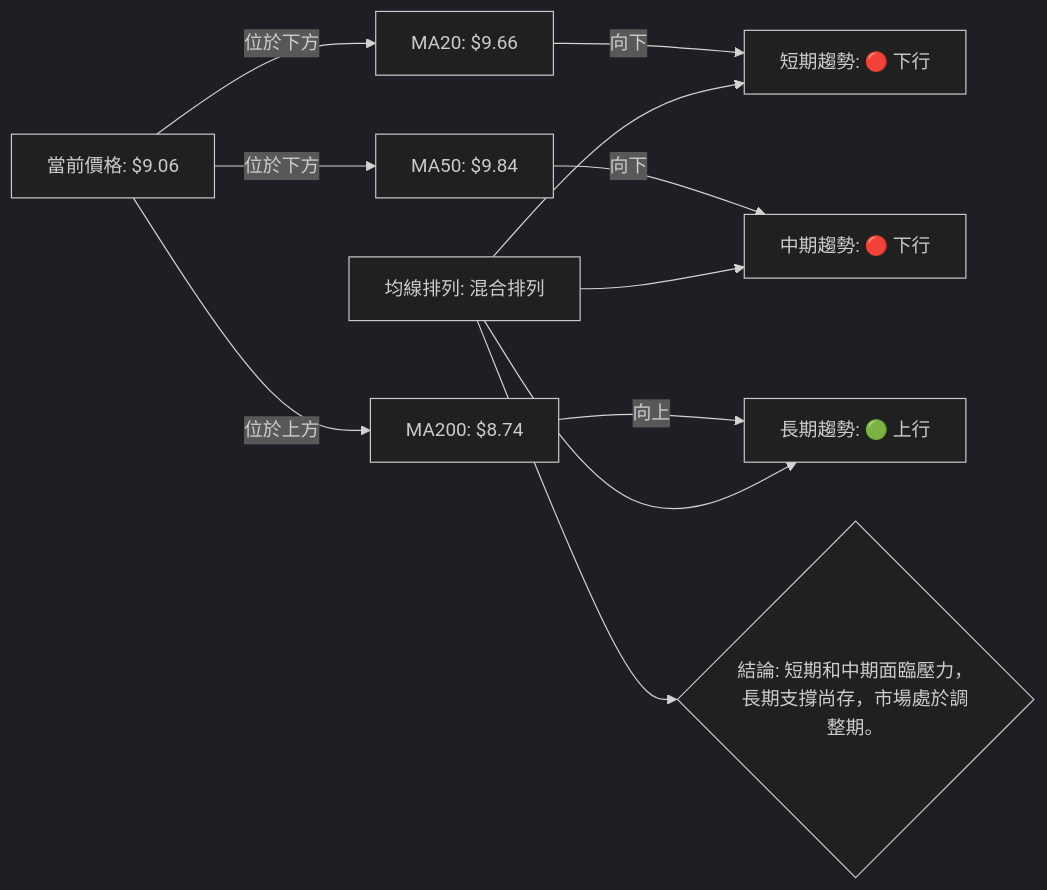
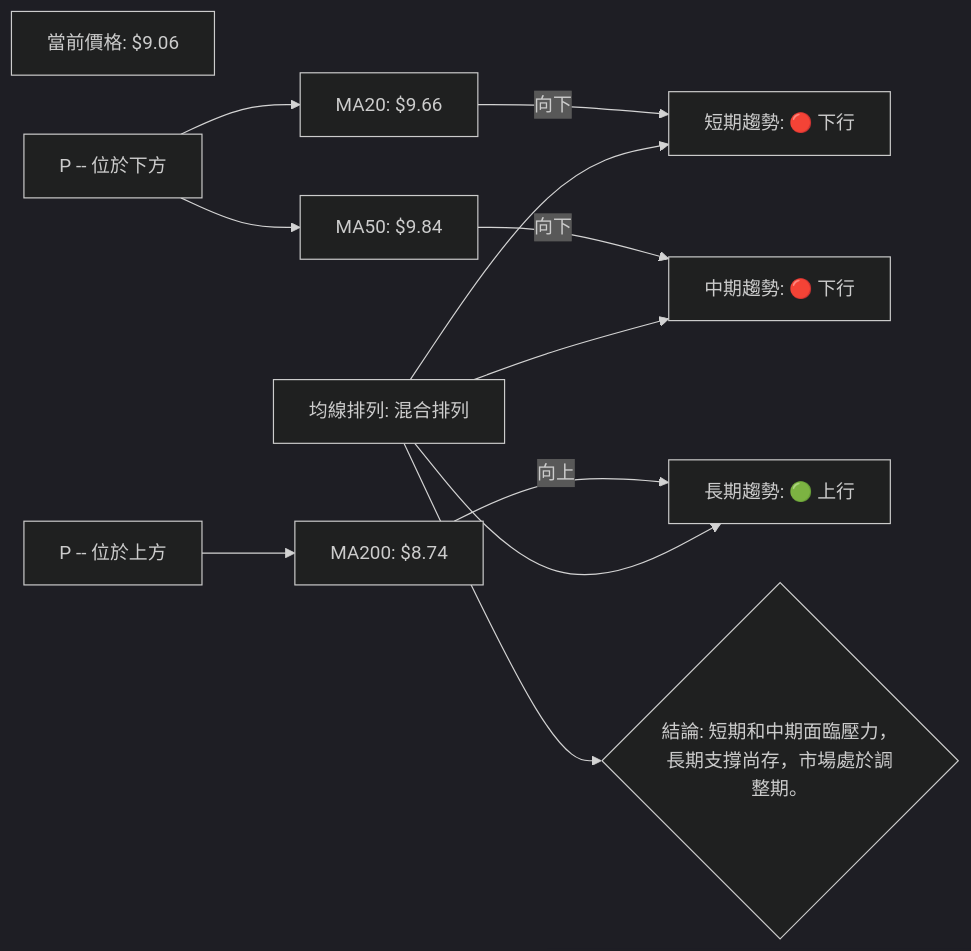
One commit to yennanliu/finance_data changed the seventh of 9 diagrams in ai_gen_report/stock/onds/technical_analysis_2026-05-24_gemini.md. Above: the diagram before and after it, drawn with Mermaid (dark theme). The commit also changed other lines of this file and 2258 other files, not shown here.

First line of the commit message:
chore: backfill Mermaid syntax repair across existing reports

````diff
--- a/ai_gen_report/stock/onds/technical_analysis_2026-05-24_gemini.md
+++ b/ai_gen_report/stock/onds/technical_analysis_2026-05-24_gemini.md
@@ -482,22 +482,22 @@
 ```mermaid
 graph LR
     P["當前價格: $9.06"]
 
     MA20["MA20: $9.66"]
     MA50["MA50: $9.84"]
     MA200["MA200: $8.74"]
 
-    P -- 位於下方 --> MA20
-    P -- 位於下方 --> MA50
-    P -- 位於上方 --> MA200
+    nb1["P -- 位於下方"] --> MA20
+    nb1["P -- 位於下方"] --> MA50
+    nb2["P -- 位於上方"] --> MA200
 
     MA20 -- 向下 --> MA20_Trend["短期趨勢: 🔴 下行"]
     MA50 -- 向下 --> MA50_Trend["中期趨勢: 🔴 下行"]
     MA200 -- 向上 --> MA200_Trend["長期趨勢: 🟢 上行"]
 
     MA_Arrangement["均線排列: 混合排列"] --> MA20_Trend
     MA_Arrangement --> MA50_Trend
     MA_Arrangement --> MA200_Trend
 
     MA_Arrangement --> Conclusion{"結論: 短期和中期面臨壓力，長期支撐尚存，市場處於調整期。"}
 ```
````
